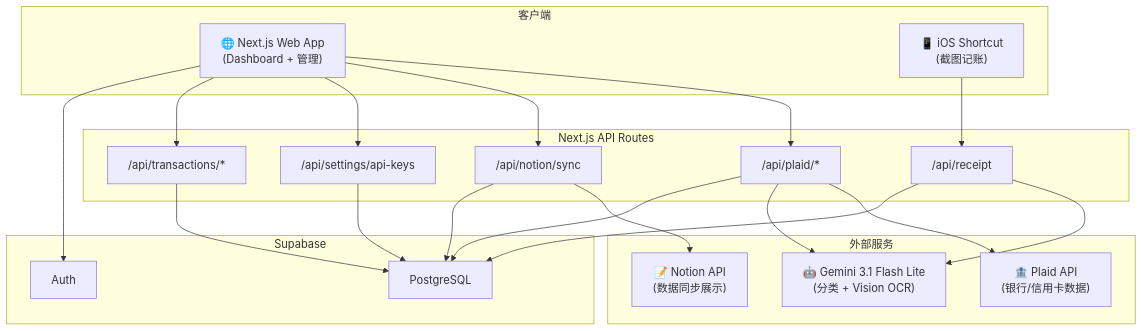
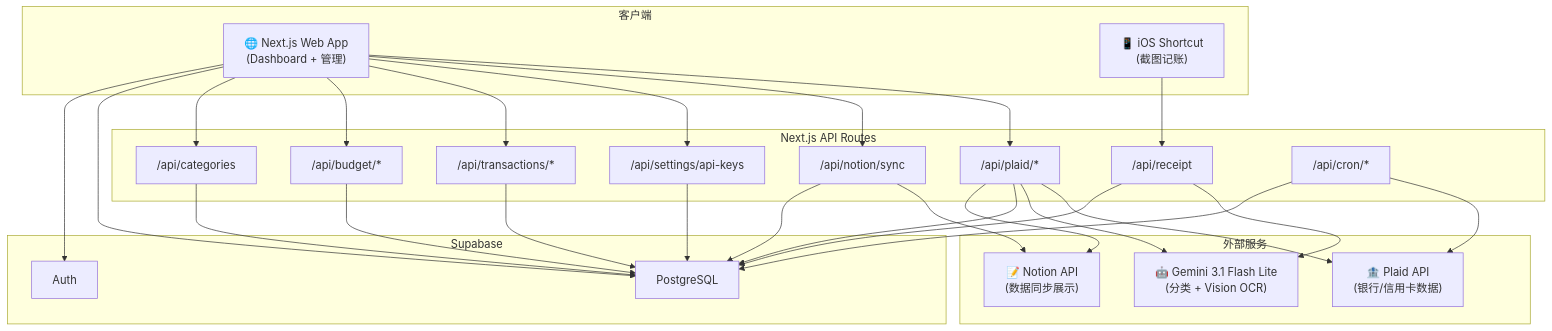
One commit to Maple0517/accountant changed the diagram in docs/ARCHITECTURE.md. Above: the diagram before and after it, drawn with Mermaid. The commit also changed other lines of this file and 1 other file, not shown here.

Commit message:
docs: deep review and sync of architecture and handoff docs

````diff
--- a/docs/ARCHITECTURE.md
+++ b/docs/ARCHITECTURE.md
@@ -9,34 +9,40 @@
 ```mermaid
 graph TB
     subgraph "客户端"
         A["🌐 Next.js Web App<br/>(Dashboard + 管理)"]
         B["📱 iOS Shortcut<br/>(截图记账)"]
     end
 
     subgraph "Next.js API Routes"
         C1["/api/plaid/*"]
         C2["/api/notion/sync"]
         C3["/api/receipt"]
         C4["/api/settings/api-keys"]
         C5["/api/transactions/*"]
+        C6["/api/budget/*"]
+        C7["/api/categories"]
+        C8["/api/cron/*"]
     end
 
     subgraph "外部服务"
         E["🏦 Plaid API<br/>(银行/信用卡数据)"]
         F["📝 Notion API<br/>(数据同步展示)"]
         G["🤖 Gemini 3.1 Flash Lite<br/>(分类 + Vision OCR)"]
     end
 
     subgraph "Supabase"
         H["PostgreSQL"]
         I["Auth"]
     end
 
-    A --> C1 & C2 & C4 & C5
+    A --> C1 & C2 & C4 & C5 & C6 & C7
     B --> C3
-    C1 --> E & G & H
+    C1 --> E & G & H & F
     C2 --> F & H
     C3 --> G & H
     C4 & C5 --> H
+    C6 & C7 --> H
+    C8 --> E & H
+    A --> H
     A --> I
 ```
````
